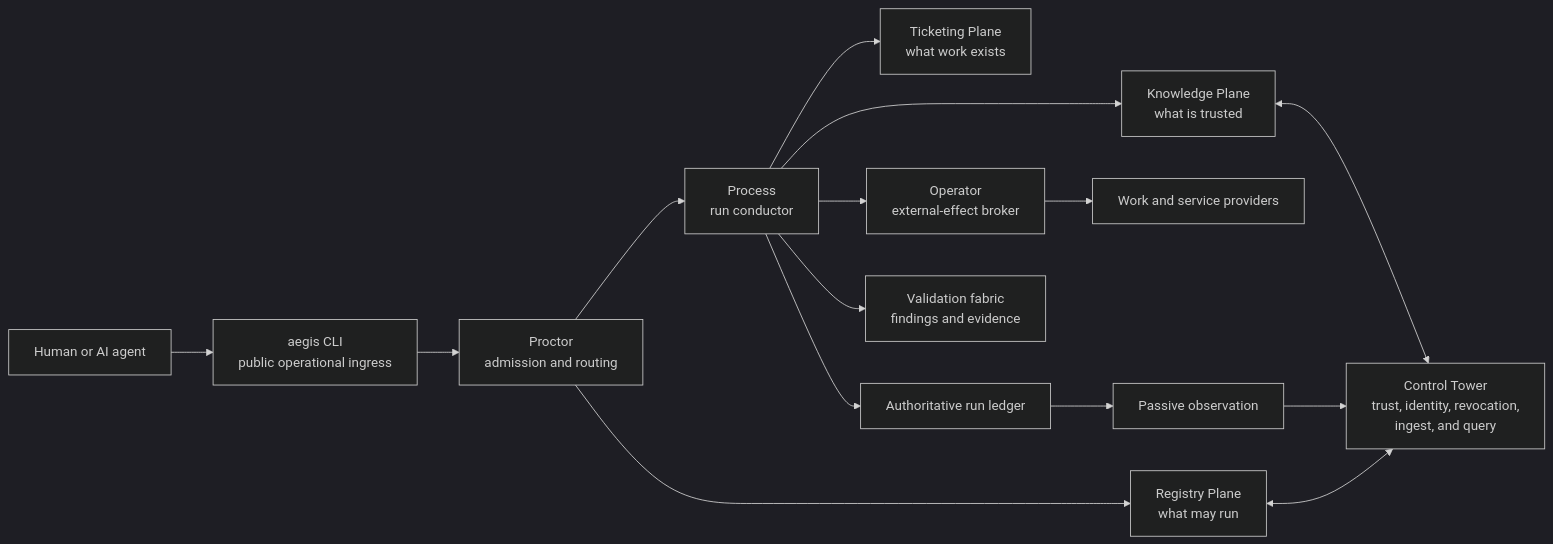
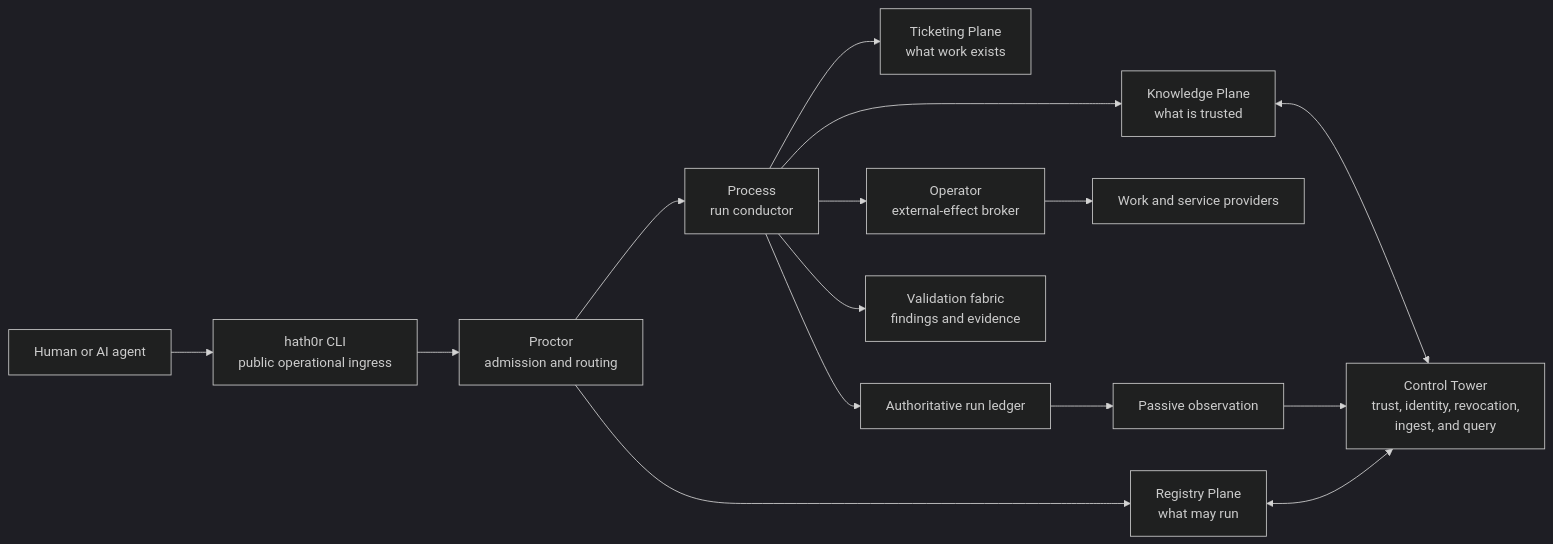
Before and after one commit to Bayly-AI/HATH0R-Agentic-Framework: the diagram in docs/sales/04-architecture-and-integrations.md, drawn with Mermaid (dark theme). The commit also changed other lines of this file and 126 other files, not shown here.

````diff
--- a/docs/sales/04-architecture-and-integrations.md
+++ b/docs/sales/04-architecture-and-integrations.md
@@ -32,17 +32,17 @@
 ```mermaid
 flowchart LR
-  Actor["Human or AI agent"] --> CLI["aegis CLI<br/>public operational ingress"]
+  Actor["Human or AI agent"] --> CLI["hath0r CLI<br/>public operational ingress"]
   CLI --> Proctor["Proctor<br/>admission and routing"]
   Proctor --> Process["Process<br/>run conductor"]
   Proctor --> Registry["Registry Plane<br/>what may run"]
   Process --> Ticketing["Ticketing Plane<br/>what work exists"]
   Process --> Knowledge["Knowledge Plane<br/>what is trusted"]
   Process --> Operator["Operator<br/>external-effect broker"]
   Process --> Validation["Validation fabric<br/>findings and evidence"]
   Operator --> Providers["Work and service providers"]
   Process --> Ledger["Authoritative run ledger"]
   Ledger --> Observation["Passive observation"]
   Registry <--> Tower["Control Tower<br/>trust, identity, revocation,<br/>ingest, and query"]
   Knowledge <--> Tower
   Observation --> Tower
 ```
````
